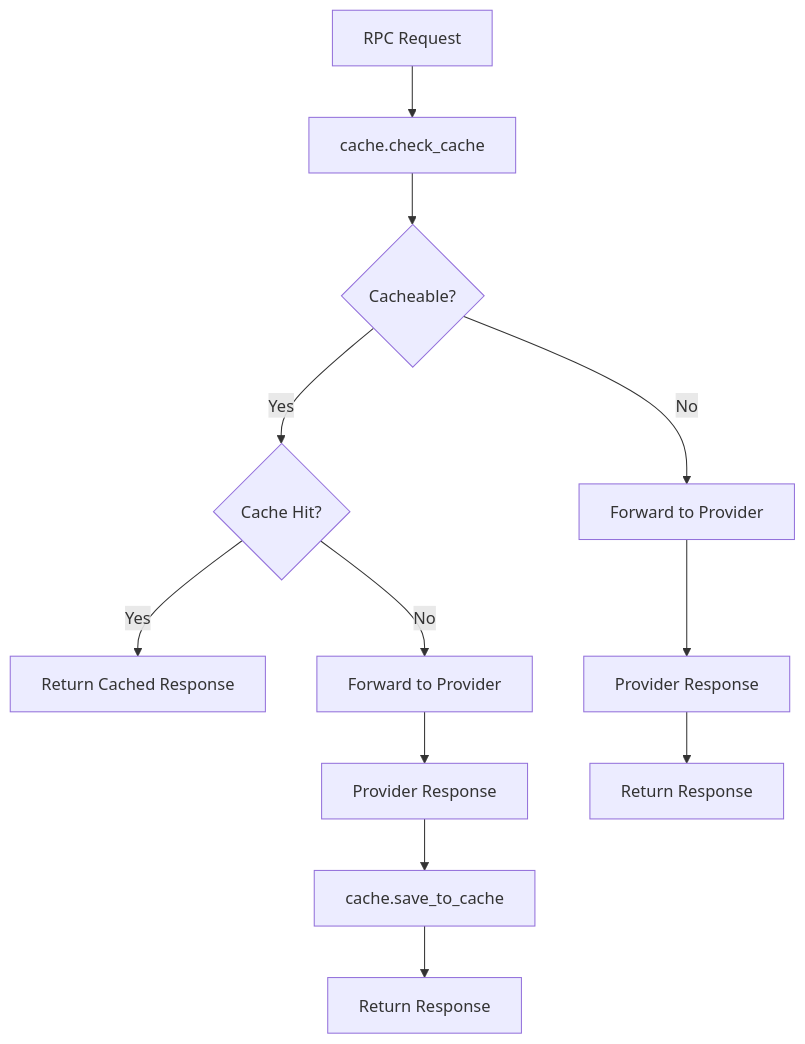
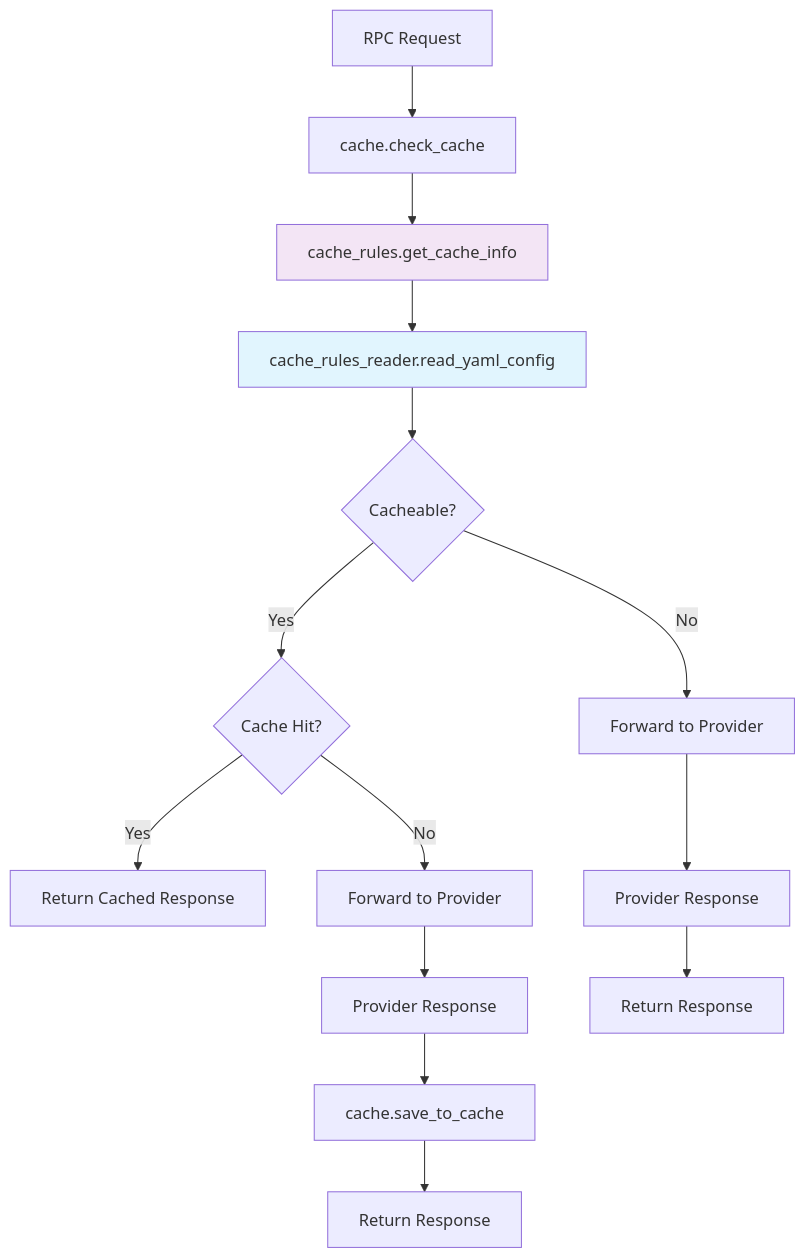
Before and after one commit to status-im/eth-rpc-proxy: the diagram in nginx-proxy/cache.md, drawn with Mermaid. The commit also changed other lines of this file, not shown here.

Commit message:
feat(proxy-cache)_: update readme

````diff
--- a/nginx-proxy/cache.md
+++ b/nginx-proxy/cache.md
@@ -8,14 +8,19 @@
 ```mermaid
 graph TD
     A[RPC Request] --> B[cache.check_cache]
-    B --> C{Cacheable?}
-    C -->|No| D[Forward to Provider]
-    C -->|Yes| E{Cache Hit?}
-    E -->|Yes| F[Return Cached Response]
-    E -->|No| G[Forward to Provider]
-    G --> H[Provider Response]
-    H --> I[cache.save_to_cache]
-    I --> J[Return Response]
-    D --> K[Provider Response]
+    B --> C[cache_rules.get_cache_info]
+    C --> D[cache_rules_reader.read_yaml_config]
+    D --> E{Cacheable?}
+    E -->|No| F[Forward to Provider]
+    E -->|Yes| G{Cache Hit?}
+    G -->|Yes| H[Return Cached Response]
+    G -->|No| I[Forward to Provider]
+    I --> J[Provider Response]
+    J --> K[cache.save_to_cache]
     K --> L[Return Response]
+    F --> M[Provider Response]
+    M --> N[Return Response]
+    
+    style D fill:#e1f5fe
+    style C fill:#f3e5f5
 ```
````
